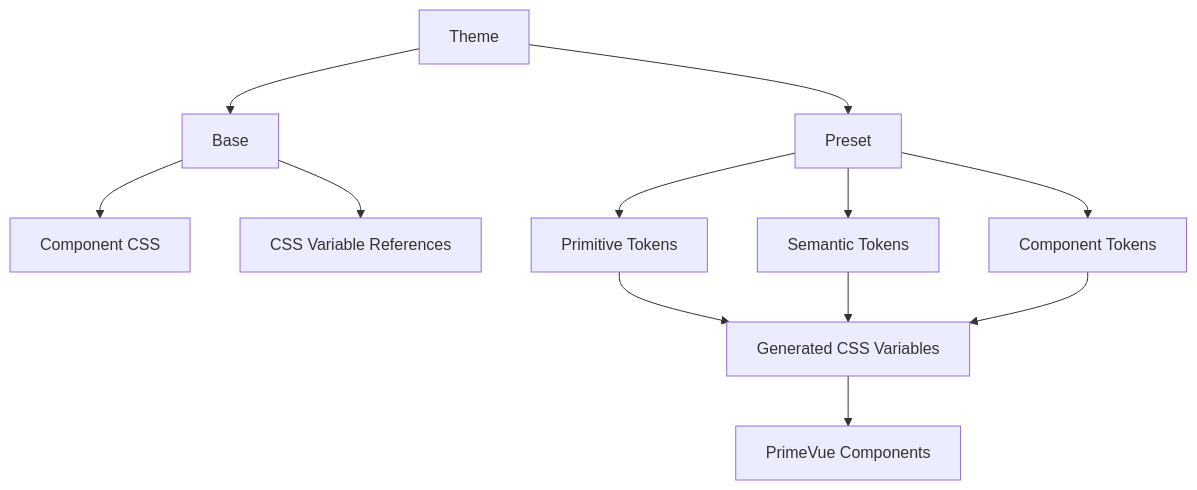
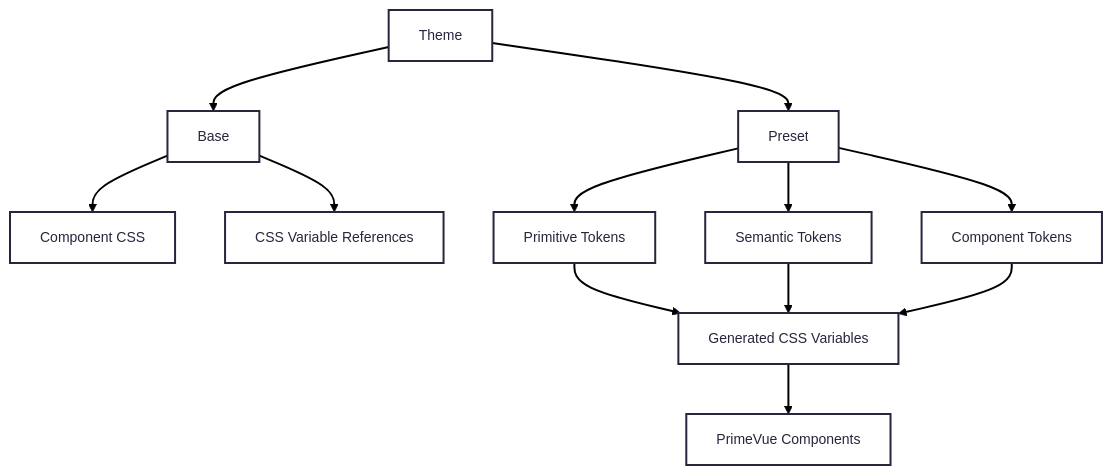
Before and after one commit to Cloudie-yun/task-primevue: the diagram in research_doc/1. Research Documentation.md, drawn with Mermaid.

Commit message:
Apply Style Try

````diff
--- a/research_doc/1. Research Documentation.md
+++ b/research_doc/1. Research Documentation.md
@@ -59,19 +59,23 @@
 ```mermaid
+---
+config:
+  theme: redux
+---
 flowchart TD
     A["Theme"]
     A --> B["Base"]
     A --> C["Preset"]
 
     B --> D["Component CSS"]
     B --> E["CSS Variable References"]
 
     C --> F["Primitive Tokens"]
     C --> G["Semantic Tokens"]
     C --> H["Component Tokens"]
 
     F --> I["Generated CSS Variables"]
     G --> I
     H --> I
 
     I --> J["PrimeVue Components"]
 ```
````
